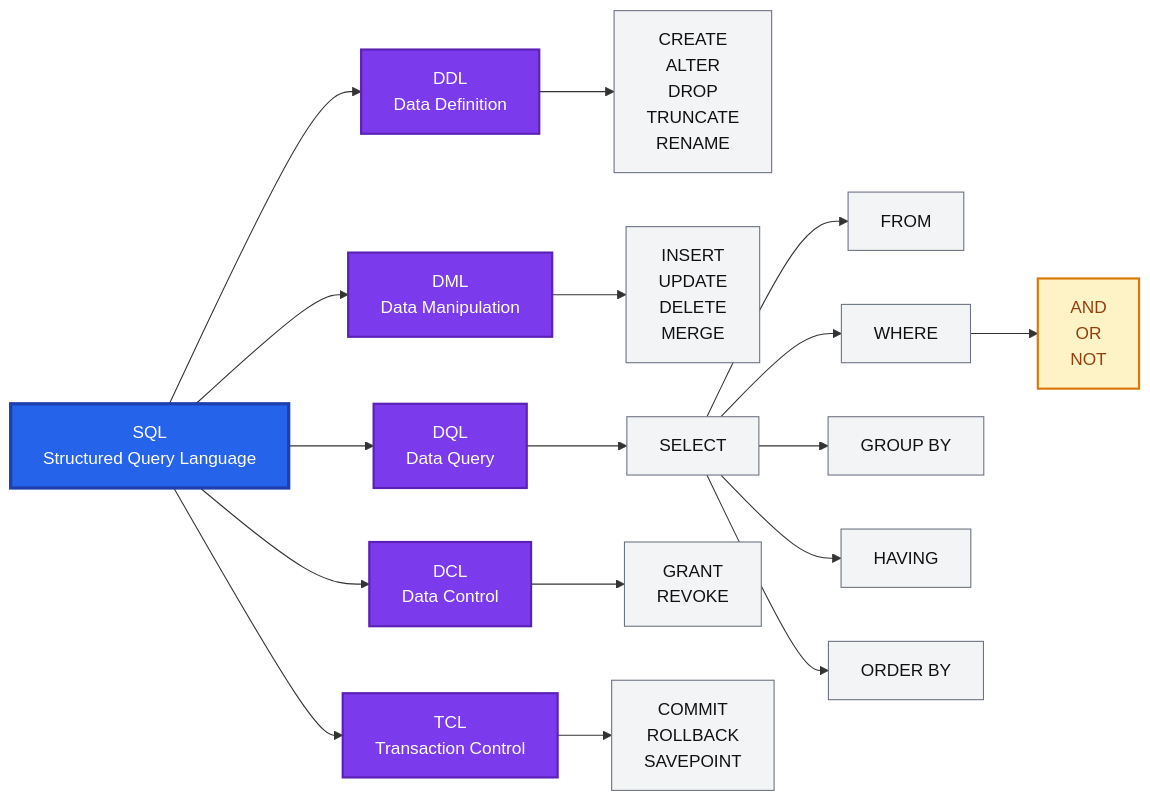
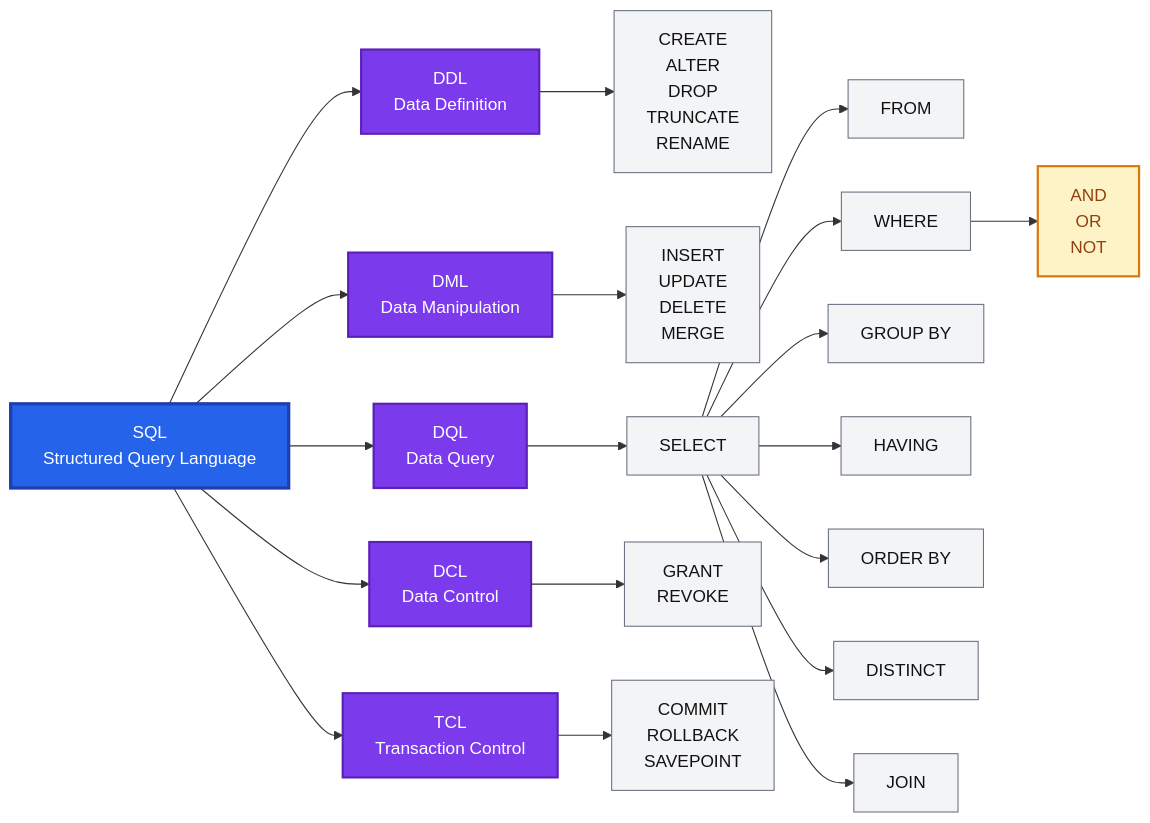
The diagram in 01_sql-fundamentals/README.md (rosa-lpz/sql), drawn with Mermaid before and after one commit. The commit also changed 1 other file, not shown here.

Commit message:
sql-joins& sql-fundamentals

````diff
--- a/01_sql-fundamentals/README.md
+++ b/01_sql-fundamentals/README.md
@@ -34,37 +34,39 @@
 ```mermaid
 flowchart LR
     SQL["SQL<br/>Structured Query Language"]
 SQL --> DDL["DDL<br/>Data Definition"]
 SQL --> DML["DML<br/>Data Manipulation"]
 SQL --> DQL["DQL<br/>Data Query"]
 SQL --> DCL["DCL<br/>Data Control"]
 SQL --> TCL["TCL<br/>Transaction Control"]
 
 DDL --> DDL_C["CREATE<br/>ALTER<br/>DROP<br/>TRUNCATE<br/>RENAME"]
 
 DML --> DML_C["INSERT<br/>UPDATE<br/>DELETE<br/>MERGE"]
 
 DQL --> SELECT["SELECT"]
 
 SELECT --> FROM["FROM"]
 SELECT --> WHERE["WHERE"]
 WHERE --> LOGIC["AND<br/>OR<br/>NOT"]
 
 SELECT --> GROUP["GROUP BY"]
 SELECT --> HAVING["HAVING"]
 SELECT --> ORDER["ORDER BY"]
+SELECT --> DISTINCT["DISTINCT"]
+SELECT --> JOIN["JOIN"]
 
 DCL --> DCL_C["GRANT<br/>REVOKE"]
 
 TCL --> TCL_C["COMMIT<br/>ROLLBACK<br/>SAVEPOINT"]
 
 classDef sql fill:#2563eb,color:#fff,stroke:#1e40af,stroke-width:3px
 classDef category fill:#7c3aed,color:#fff,stroke:#5b21b6,stroke-width:2px
 classDef command fill:#f3f4f6,color:#111,stroke:#6b7280
 classDef logic fill:#fef3c7,color:#92400e,stroke:#d97706,stroke-width:2px
 
 class SQL sql
 class DDL,DML,DQL,DCL,TCL category
 class DDL_C,DML_C,SELECT,FROM,WHERE,GROUP,HAVING,ORDER,DISTINCT,JOIN,DCL_C,TCL_C command
 class LOGIC logic
 ```
````
